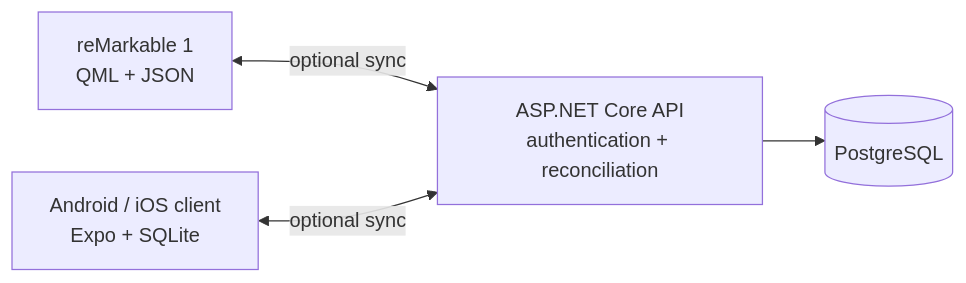
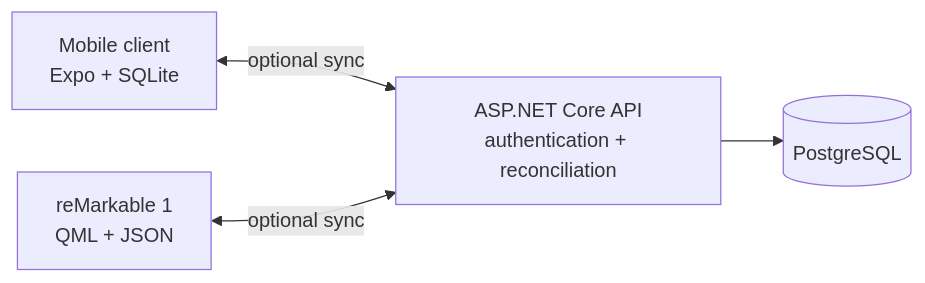
Before and after one commit to kris10ansn/habit-tracker: the diagram in README.md, drawn with Mermaid. The commit also changed other lines of this file, not shown here.

````diff
--- a/README.md
+++ b/README.md
@@ -94,6 +43,6 @@
 ```mermaid
 flowchart LR
-    RM[reMarkable 1<br/>QML + JSON] <-->|optional sync| API[ASP.NET Core API<br/>authentication + reconciliation]
-    MOBILE[Android / iOS client<br/>Expo + SQLite] <-->|optional sync| API
+    MOBILE[Mobile client<br/>Expo + SQLite] <-->|optional sync| API[ASP.NET Core API<br/>authentication + reconciliation]
+    RM[reMarkable 1<br/>QML + JSON] <-->|optional sync| API
     API --> DB[(PostgreSQL)]
 ```
````
